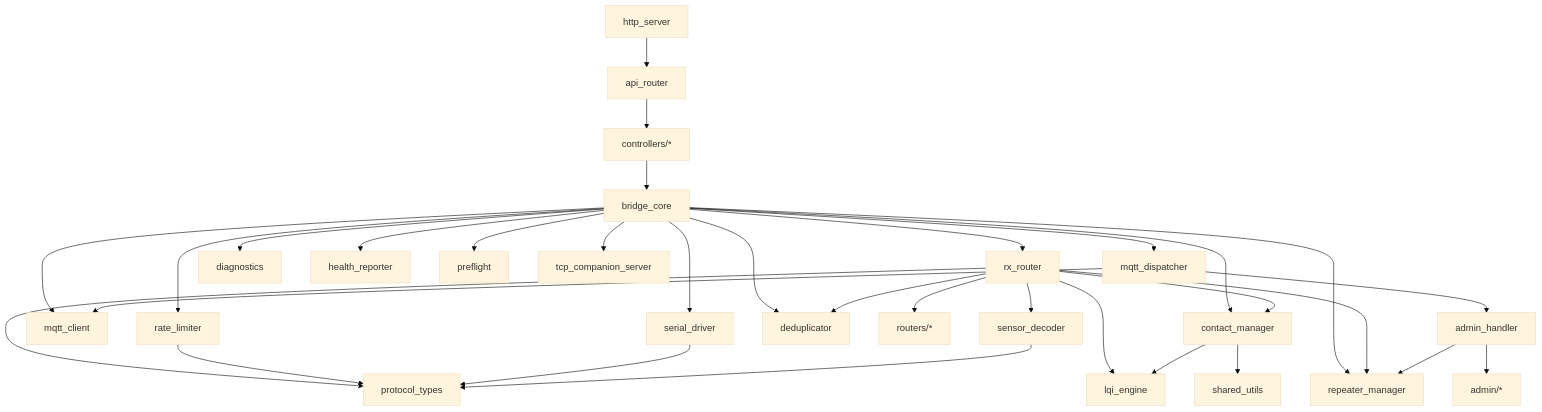
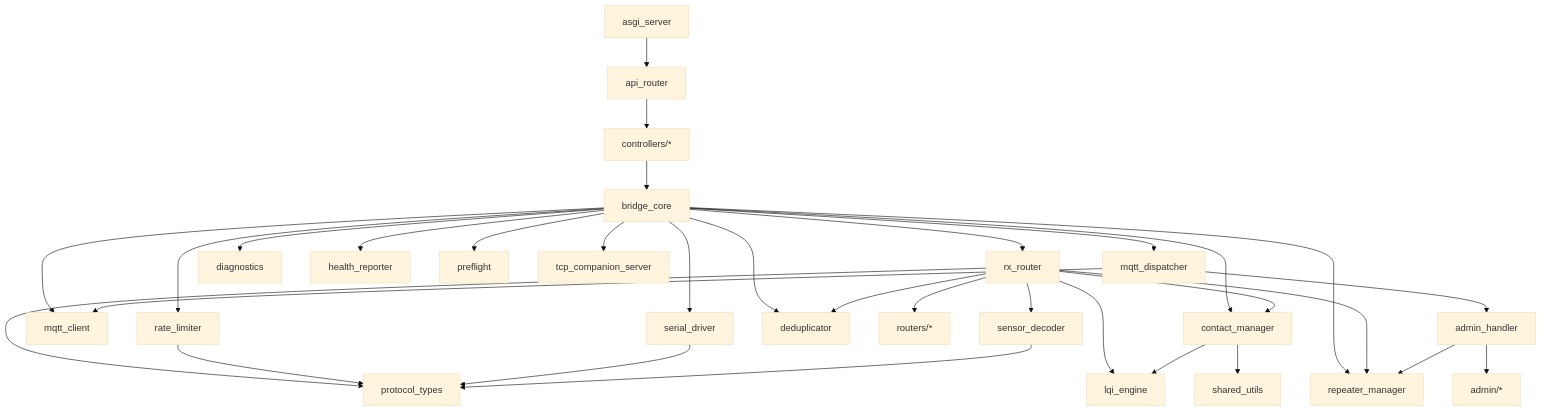
Before and after one commit to cyber89/meshcore-bridge-client: the third of 7 diagrams in docs/ARCHITECTURE.md, drawn with Mermaid (base theme). The commit also changed other lines of this file and 26 other files, not shown here.

Commit message:
feat(web): eliminate legacy native web server in favor of FastAPI ASGI

````diff
--- a/docs/ARCHITECTURE.md
+++ b/docs/ARCHITECTURE.md
@@ -207,42 +205,42 @@
 ```mermaid
 graph TD
     bridge_core --> serial_driver
     bridge_core --> rx_router
     bridge_core --> mqtt_client
     bridge_core --> mqtt_dispatcher
     bridge_core --> rate_limiter
     bridge_core --> contact_manager
     bridge_core --> diagnostics
     bridge_core --> deduplicator
     bridge_core --> health_reporter
     bridge_core --> preflight
     bridge_core --> repeater_manager
     bridge_core --> tcp_companion_server
 
     rx_router --> routers_star[routers/*]
     rx_router --> contact_manager
     rx_router --> protocol_types
     rx_router --> lqi_engine
     rx_router --> sensor_decoder
     rx_router --> deduplicator
     rx_router --> repeater_manager
 
     mqtt_dispatcher --> mqtt_client
     mqtt_dispatcher --> admin_handler
 
     admin_handler --> admin_star[admin/*]
     admin_handler --> repeater_manager
 
     contact_manager --> lqi_engine
     contact_manager --> shared_utils
 
     rate_limiter --> protocol_types
     serial_driver --> protocol_types
     sensor_decoder --> protocol_types
 
-    http_server --> api_router
+    asgi_server --> api_router
     api_router --> controllers_star[controllers/*]
     controllers_star --> bridge_core
 
     protocol_types
 ```
````
